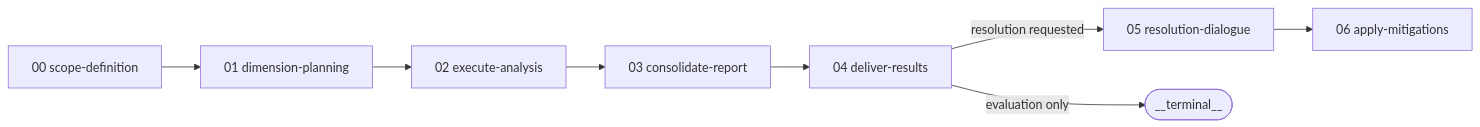
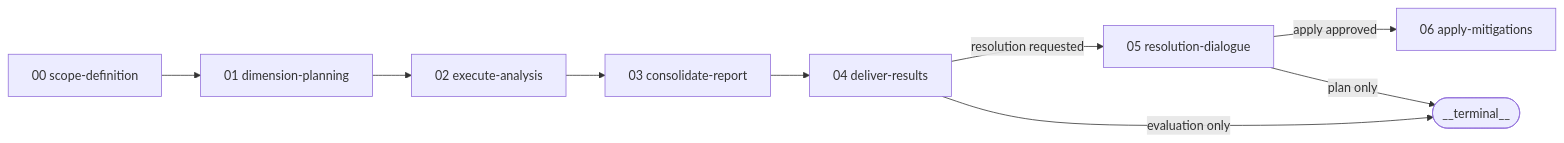
Before and after one commit to m2ux/workflow-server: the diagram in prism-evaluate/activities/README.md, drawn with Mermaid. The commit also changed other lines of this file and 7 other files, not shown here.

````diff
--- a/prism-evaluate/activities/README.md
+++ b/prism-evaluate/activities/README.md
@@ -11,10 +11,11 @@
 ```mermaid
 graph LR
     SD["00 scope-definition"] --> DP["01 dimension-planning"]
     DP --> EA["02 execute-analysis"]
     EA --> CR["03 consolidate-report"]
     CR --> DR["04 deliver-results"]
     DR -->|"resolution requested"| RES["05 resolution-dialogue"]
     DR -->|"evaluation only"| End(["__terminal__"])
-    RES --> AM["06 apply-mitigations"]
+    RES -->|"apply approved"| AM["06 apply-mitigations"]
+    RES -->|"plan only"| End
 ```
````
